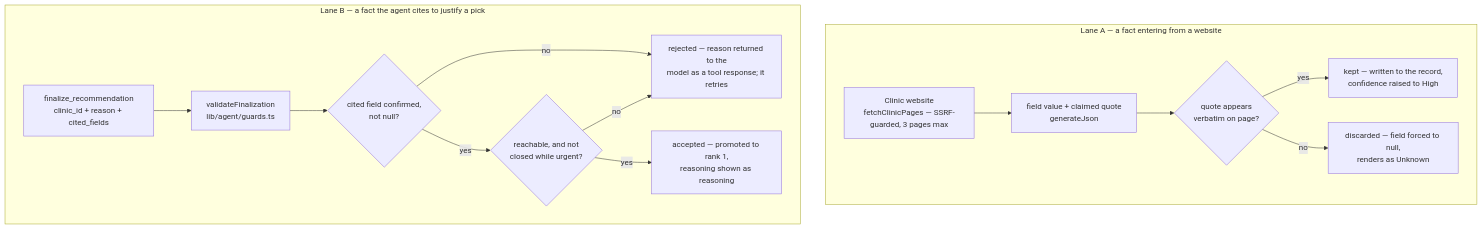
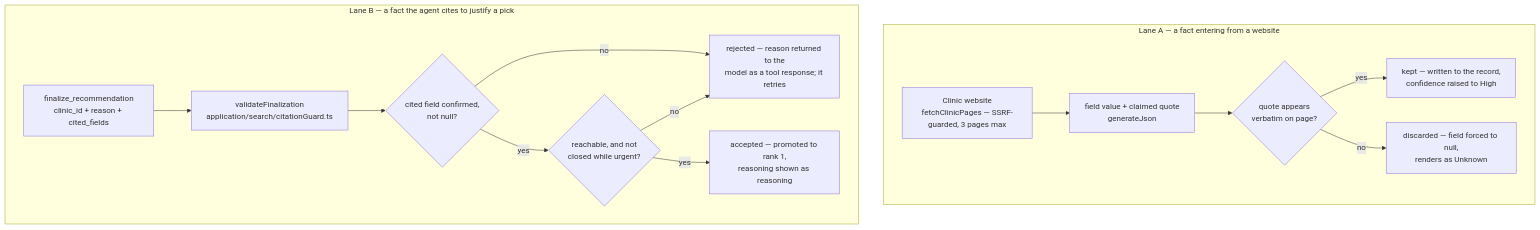
Before and after one commit to manA-UPEI/ClinicScout: the second of 3 diagrams in ARCHITECTURE.md, drawn with Mermaid. The commit also changed other lines of this file and 2 other files, not shown here.

First line of the commit message:
Update ARCHITECTURE.md/INTERNALS.md paths; backfill doc comments

````diff
--- a/ARCHITECTURE.md
+++ b/ARCHITECTURE.md
@@ -94,27 +114,27 @@
 ```mermaid
 flowchart TD
     subgraph LA["Lane A — a fact entering from a website"]
         A1["Clinic website<br/>fetchClinicPages — SSRF-guarded, 3 pages max"]
         A2["field value + claimed quote<br/>generateJson"]
         AQ{"quote appears<br/>verbatim on page?"}
         AK["kept — written to the record,<br/>confidence raised to High"]
         AD["discarded — field forced to null,<br/>renders as Unknown"]
         A1 --> A2 --> AQ
         AQ -->|yes| AK
         AQ -->|no| AD
     end
 
     subgraph LB["Lane B — a fact the agent cites to justify a pick"]
         B1["finalize_recommendation<br/>clinic_id + reason + cited_fields"]
-        B2["validateFinalization<br/>lib/agent/guards.ts"]
+        B2["validateFinalization<br/>application/search/citationGuard.ts"]
         BQ{"cited field confirmed,<br/>not null?"}
         BF{"reachable, and not<br/>closed while urgent?"}
         BA["accepted — promoted to rank 1,<br/>reasoning shown as reasoning"]
         BR["rejected — reason returned to the<br/>model as a tool response; it retries"]
         B1 --> B2 --> BQ
         BQ -->|yes| BF
         BQ -->|no| BR
         BF -->|yes| BA
         BF -->|no| BR
     end
 ```
````
